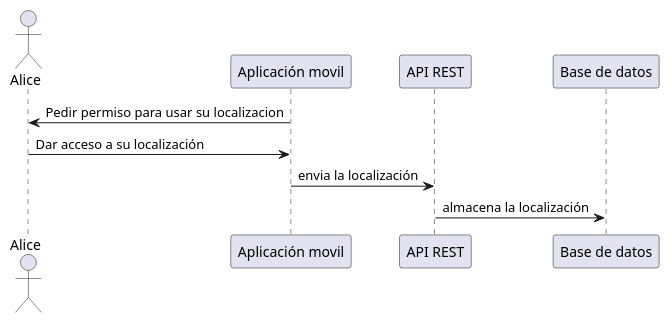
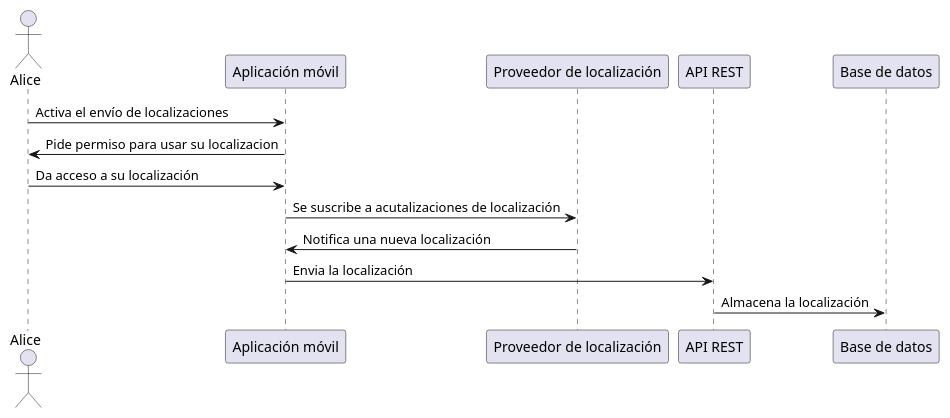
One commit to Arquisoft/radarin_es4b changed the second of 4 diagrams in webapp/docs/06_runtime_view.adoc. Above: the diagram before and after it, drawn with PlantUML. The commit also changed other lines of this file and 9 other files, not shown here.

```diff
--- a/webapp/docs/06_runtime_view.adoc
+++ b/webapp/docs/06_runtime_view.adoc
@@ -9,11 +30,15 @@
 [plantuml,"Subir posición",png]
 ----
 actor Alice
-participant  "Aplicación movil"
+participant "Aplicación móvil"
+participant "Proveedor de localización"
 participant "API REST"
 participant "Base de datos"
-"Aplicación movil" -> Alice: Pedir permiso para usar su localizacion
-Alice -> "Aplicación movil": Dar acceso a su localización
-"Aplicación movil" -> "API REST": envia la localización
-"API REST" -> "Base de datos": almacena la localización
+Alice -> "Aplicación móvil": Activa el envío de localizaciones
+"Aplicación móvil" -> Alice: Pide permiso para usar su localizacion
+Alice -> "Aplicación móvil": Da acceso a su localización
+"Aplicación móvil" -> "Proveedor de localización": Se suscribe a acutalizaciones de localización
+"Proveedor de localización" -> "Aplicación móvil": Notifica una nueva localización
+"Aplicación móvil" -> "API REST": Envia la localización
+"API REST" -> "Base de datos": Almacena la localización
 ----
```
